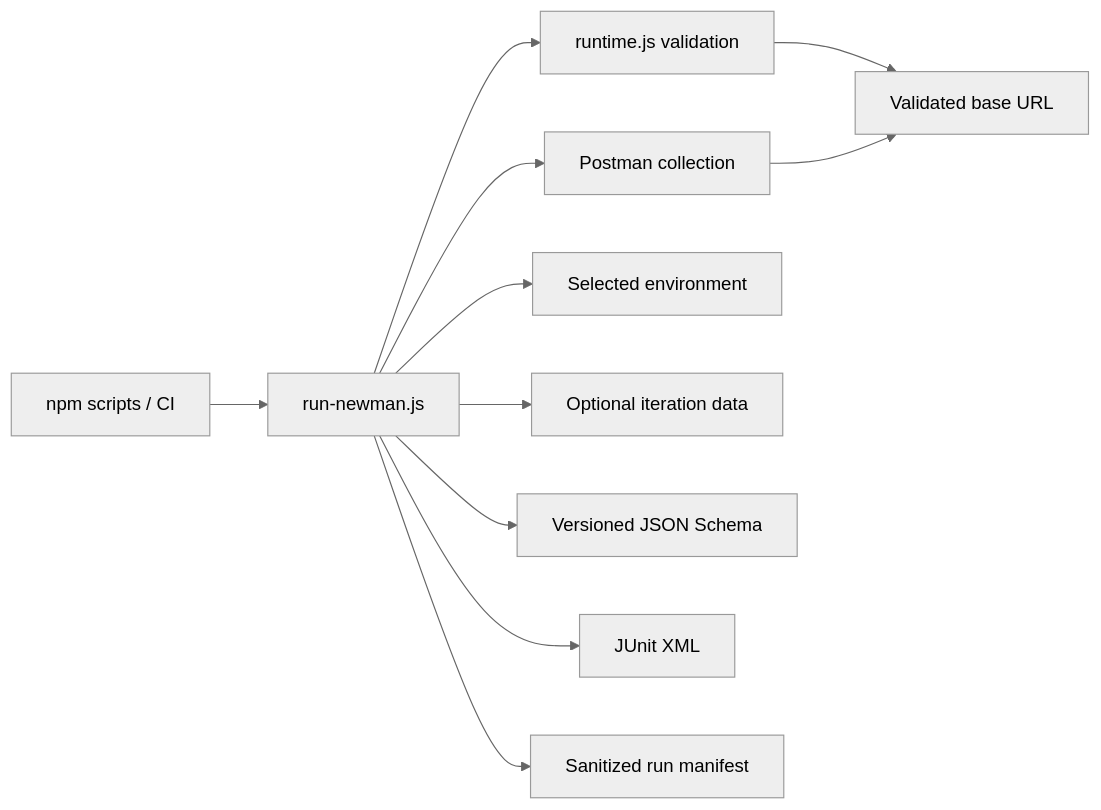
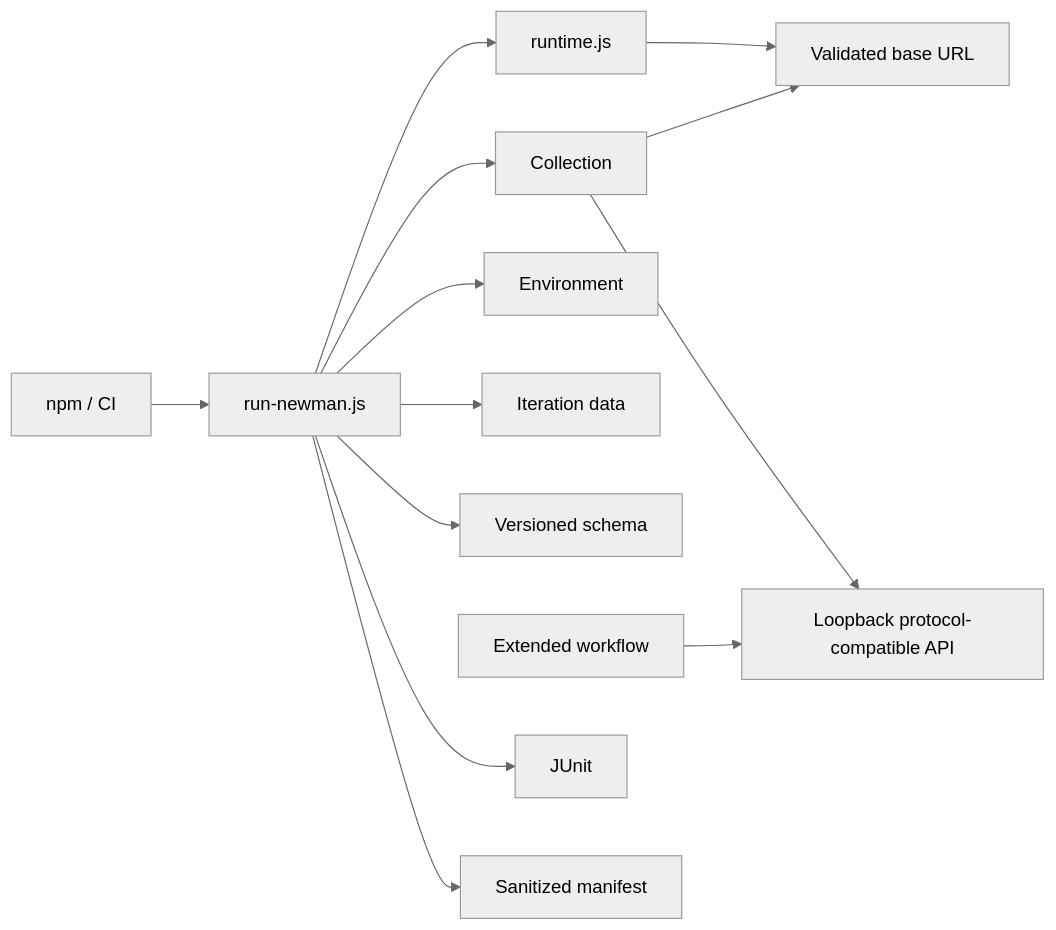
One commit to portyu9/qa-automation-api-postman-newman changed the first of 2 diagrams in README.md. Above: the diagram before and after it, drawn with Mermaid (neutral theme). The commit also changed other lines of this file and 6 other files, not shown here.

````diff
--- a/README.md
+++ b/README.md
@@ -22,13 +22,15 @@
 ```mermaid
 flowchart LR
-    CLI[npm scripts / CI] --> RUN[run-newman.js]
-    RUN --> GUARD[runtime.js validation]
-    RUN --> COL[Postman collection]
-    RUN --> ENV[Selected environment]
-    RUN --> DATA[Optional iteration data]
-    RUN --> SCHEMA[Versioned JSON Schema]
-    GUARD --> TARGET[Validated base URL]
+    CLI[npm / CI] --> RUN[run-newman.js]
+    RUN --> POLICY[runtime.js]
+    RUN --> COL[Collection]
+    RUN --> ENV[Environment]
+    RUN --> DATA[Iteration data]
+    RUN --> SCHEMA[Versioned schema]
+    POLICY --> TARGET[Validated base URL]
     COL --> TARGET
-    RUN --> JUNIT[JUnit XML]
-    RUN --> MAN[Sanitized run manifest]
+    EXT[Extended workflow] --> LOCAL[Loopback protocol-compatible API]
+    COL --> LOCAL
+    RUN --> JUNIT[JUnit]
+    RUN --> MAN[Sanitized manifest]
 ```
````
